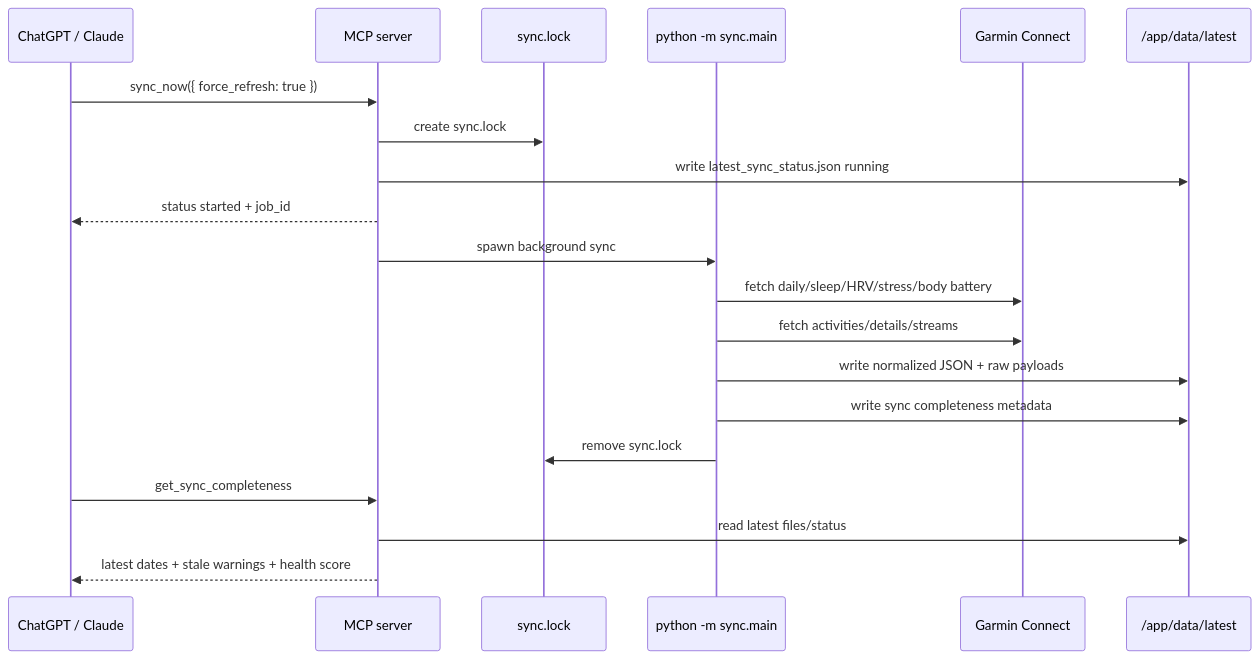
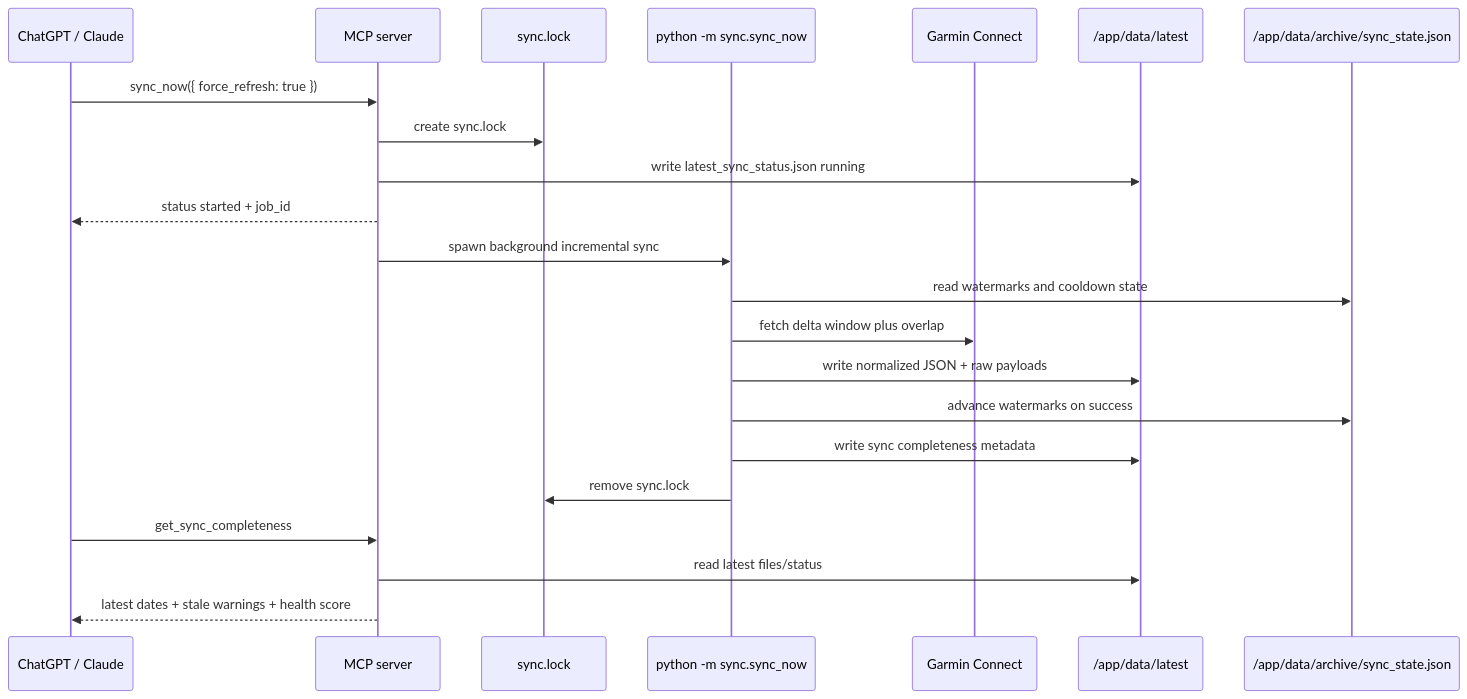
One commit to sharathgavini/garmin-mcp changed the fifth of 7 diagrams in docs/ARCHITECTURE.md. Above: the diagram before and after it, drawn with Mermaid. The commit also changed other lines of this file and 15 other files, not shown here.

Commit message:
Add incremental sync_now and stream decimation

````diff
--- a/docs/ARCHITECTURE.md
+++ b/docs/ARCHITECTURE.md
@@ -135,23 +135,25 @@
 ```mermaid
 sequenceDiagram
   participant User as ChatGPT / Claude
   participant MCP as MCP server
   participant Lock as sync.lock
-  participant Py as python -m sync.main
+  participant Py as python -m sync.sync_now
   participant Garmin as Garmin Connect
   participant Data as /app/data/latest
+  participant State as /app/data/archive/sync_state.json
 
   User->>MCP: sync_now({ force_refresh: true })
   MCP->>Lock: create sync.lock
   MCP->>Data: write latest_sync_status.json running
   MCP-->>User: status started + job_id
-  MCP->>Py: spawn background sync
-  Py->>Garmin: fetch daily/sleep/HRV/stress/body battery
-  Py->>Garmin: fetch activities/details/streams
+  MCP->>Py: spawn background incremental sync
+  Py->>State: read watermarks and cooldown state
+  Py->>Garmin: fetch delta window plus overlap
   Py->>Data: write normalized JSON + raw payloads
+  Py->>State: advance watermarks on success
   Py->>Data: write sync completeness metadata
   Py->>Lock: remove sync.lock
   User->>MCP: get_sync_completeness
   MCP->>Data: read latest files/status
   MCP-->>User: latest dates + stale warnings + health score
 ```
````
